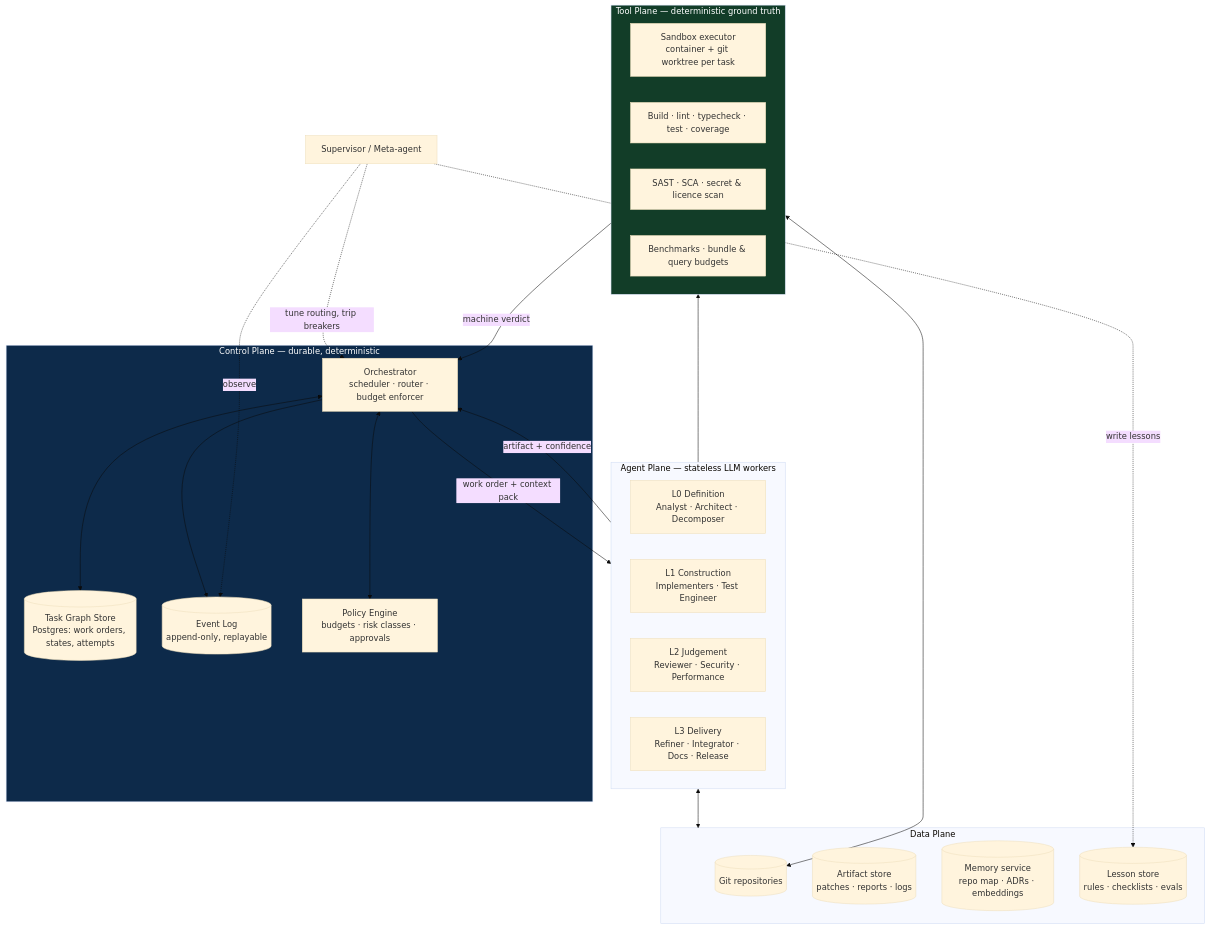
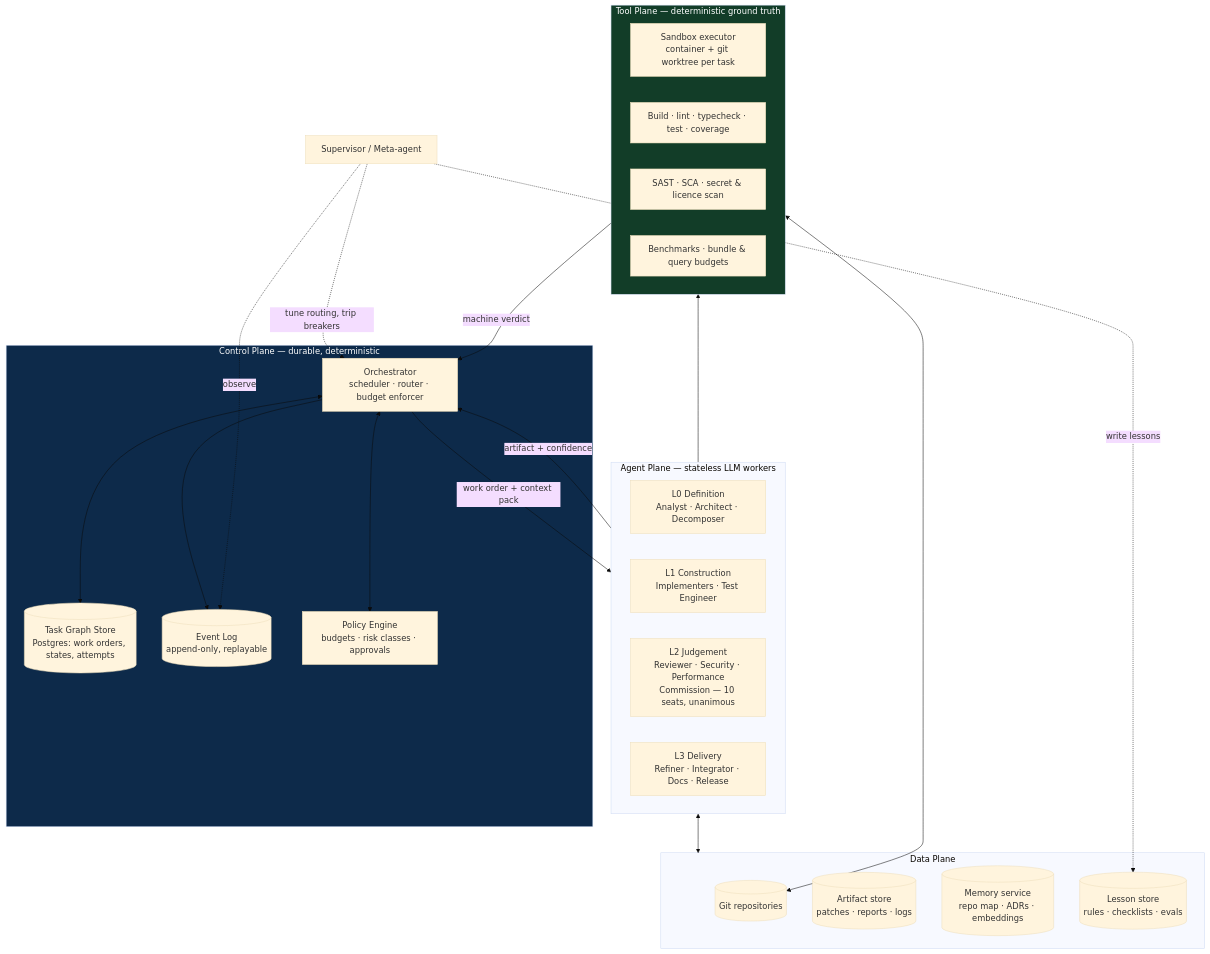
The first of 3 diagrams in docs/01-architecture.md (Kafloosi/Ai-agent-test), drawn with Mermaid (base theme) before and after one commit. The commit also changed other lines of this file and 11 other files, not shown here.

First line of the commit message:
Add the Commission: ten-seat unanimous adjudication with term limits

````diff
--- a/docs/01-architecture.md
+++ b/docs/01-architecture.md
@@ -10,47 +10,47 @@
 ```mermaid
 flowchart TB
     subgraph CP["Control Plane — durable, deterministic"]
         ORCH["Orchestrator<br/>scheduler · router · budget enforcer"]
         STATE[("Task Graph Store<br/>Postgres: work orders, states, attempts")]
         EVT[("Event Log<br/>append-only, replayable")]
         POL["Policy Engine<br/>budgets · risk classes · approvals"]
         ORCH <--> STATE
         ORCH --> EVT
         ORCH <--> POL
     end
 
     subgraph AP["Agent Plane — stateless LLM workers"]
         direction LR
         L0["L0 Definition<br/>Analyst · Architect · Decomposer"]
         L1["L1 Construction<br/>Implementers · Test Engineer"]
-        L2["L2 Judgement<br/>Reviewer · Security · Performance"]
+        L2["L2 Judgement<br/>Reviewer · Security · Performance<br/>Commission — 10 seats, unanimous"]
         L3["L3 Delivery<br/>Refiner · Integrator · Docs · Release"]
     end
 
     subgraph TP["Tool Plane — deterministic ground truth"]
         SBX["Sandbox executor<br/>container + git worktree per task"]
         CI["Build · lint · typecheck · test · coverage"]
         SEC["SAST · SCA · secret &amp; licence scan"]
         BENCH["Benchmarks · bundle &amp; query budgets"]
     end
 
     subgraph DP["Data Plane"]
         REPO[("Git repositories")]
         ART[("Artifact store<br/>patches · reports · logs")]
         MEM[("Memory service<br/>repo map · ADRs · embeddings")]
         LES[("Lesson store<br/>rules · checklists · evals")]
     end
 
     ORCH -->|"work order + context pack"| AP
     AP -->|"artifact + confidence"| ORCH
     AP --> TP
     TP -->|"machine verdict"| ORCH
     AP <--> DP
     TP <--> REPO
     SUP["Supervisor / Meta-agent"] -.->|"observe"| EVT
     SUP -.->|"tune routing, trip breakers"| ORCH
     SUP -.->|"write lessons"| LES
 
     style CP fill:#0d2a4a,color:#fff
     style TP fill:#123d28,color:#fff
 ```
````
